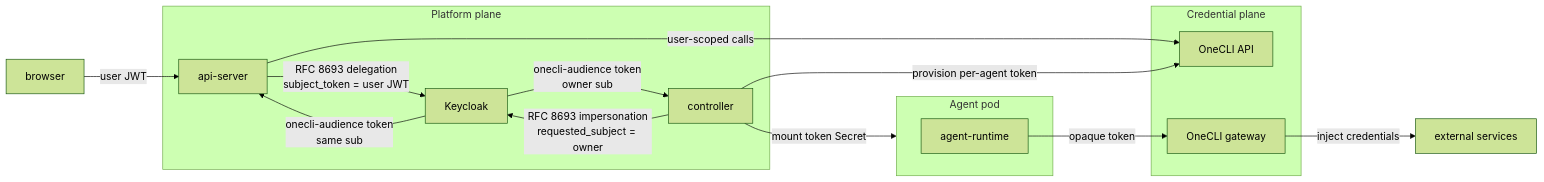
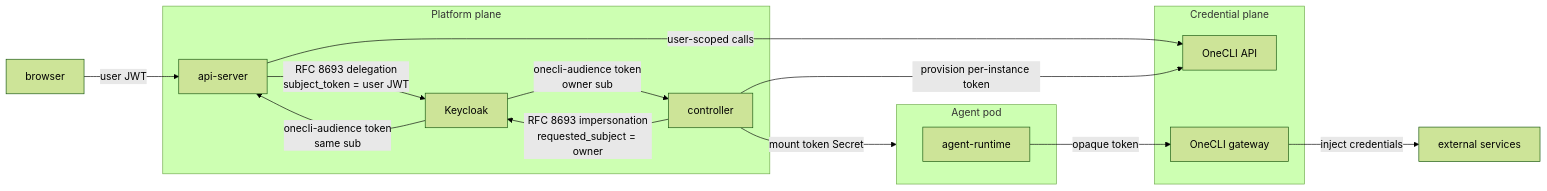
One commit to kagenti/humr changed the first of 2 diagrams in docs/architecture/security-and-credentials.md. Above: the diagram before and after it, drawn with Mermaid (forest theme). The commit also changed other lines of this file, not shown here.

Commit message:
docs(architecture): align with tseng vocabulary (per-instance, Channel Worker)

````diff
--- a/docs/architecture/security-and-credentials.md
+++ b/docs/architecture/security-and-credentials.md
@@ -27,35 +27,35 @@
 ```mermaid
 flowchart LR
   browser[browser]
 
   subgraph platform[Platform plane]
     api-server
     controller
     keycloak[Keycloak]
   end
 
   subgraph credplane[Credential plane]
     onecli-api[OneCLI API]
     onecli-gw[OneCLI gateway]
   end
 
   subgraph agentpod[Agent pod]
     agent-runtime
   end
 
   external[external services]
 
   browser -->|user JWT| api-server
 
   api-server -->|RFC 8693 delegation<br/>subject_token = user JWT| keycloak
   keycloak -->|onecli-audience token<br/>same sub| api-server
   api-server -->|user-scoped calls| onecli-api
 
   controller -->|RFC 8693 impersonation<br/>requested_subject = owner| keycloak
   keycloak -->|onecli-audience token<br/>owner sub| controller
-  controller -->|provision per-agent token| onecli-api
+  controller -->|provision per-instance token| onecli-api
 
   controller -->|mount token Secret| agentpod
   agent-runtime -->|opaque token| onecli-gw
   onecli-gw -->|inject credentials| external
 ```
````
